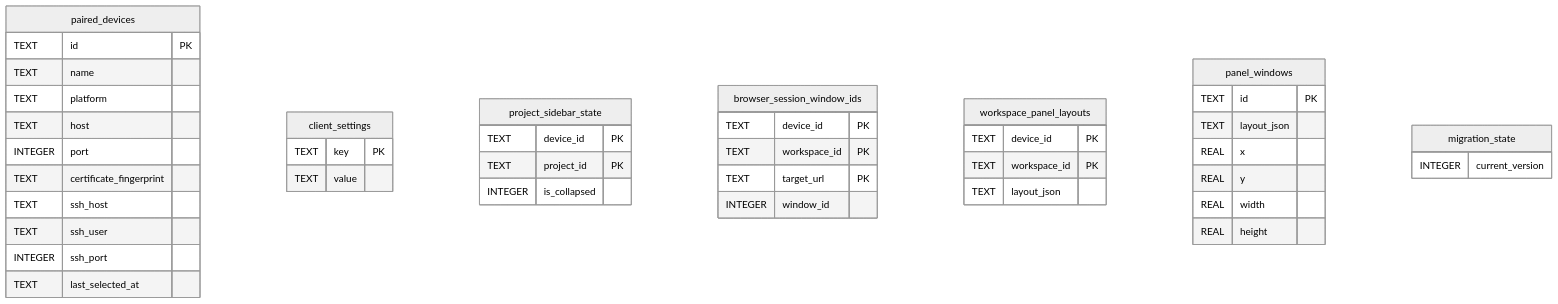
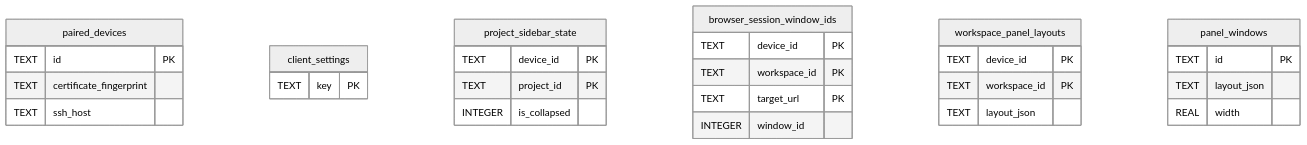
Before and after one commit to yogesh-dhande/spaces: the fourth of 4 diagrams in docs/implementation.md, drawn with Mermaid (neutral theme). The commit also changed other lines of this file and 2 other files, not shown here.

First line of the commit message:
Trim implementation.md and correct SSH transport claims

````diff
--- a/docs/implementation.md
+++ b/docs/implementation.md
@@ -559,52 +344,32 @@
 ```mermaid
 erDiagram
   paired_devices {
     TEXT id PK
-    TEXT name
-    TEXT platform
-    TEXT host
-    INTEGER port
     TEXT certificate_fingerprint
     TEXT ssh_host
-    TEXT ssh_user
-    INTEGER ssh_port
-    TEXT last_selected_at
   }
-
   client_settings {
     TEXT key PK
-    TEXT value
   }
-
   project_sidebar_state {
     TEXT device_id PK
     TEXT project_id PK
     INTEGER is_collapsed
   }
-
   browser_session_window_ids {
     TEXT device_id PK
     TEXT workspace_id PK
     TEXT target_url PK
     INTEGER window_id
   }
-
   workspace_panel_layouts {
     TEXT device_id PK
     TEXT workspace_id PK
     TEXT layout_json
   }
-
   panel_windows {
     TEXT id PK
     TEXT layout_json
-    REAL x
-    REAL y
     REAL width
-    REAL height
-  }
-
-  migration_state {
-    INTEGER current_version
   }
 ```
````
